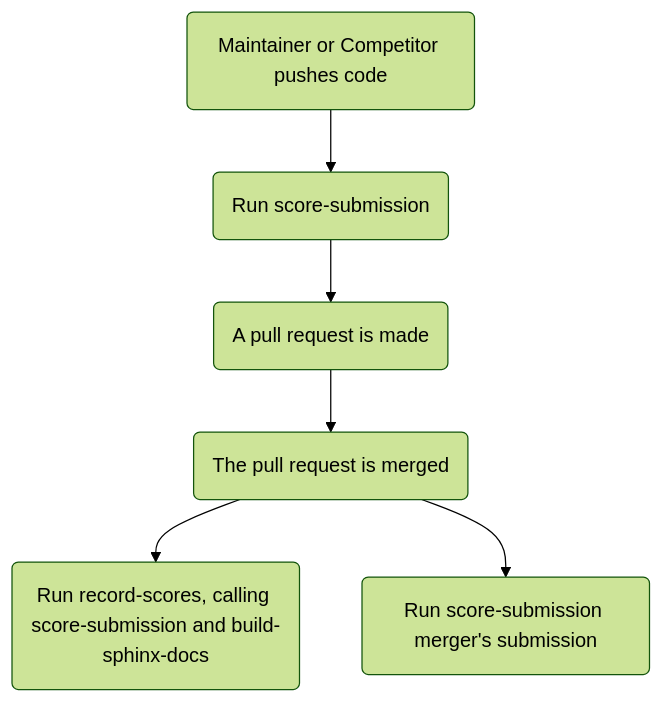
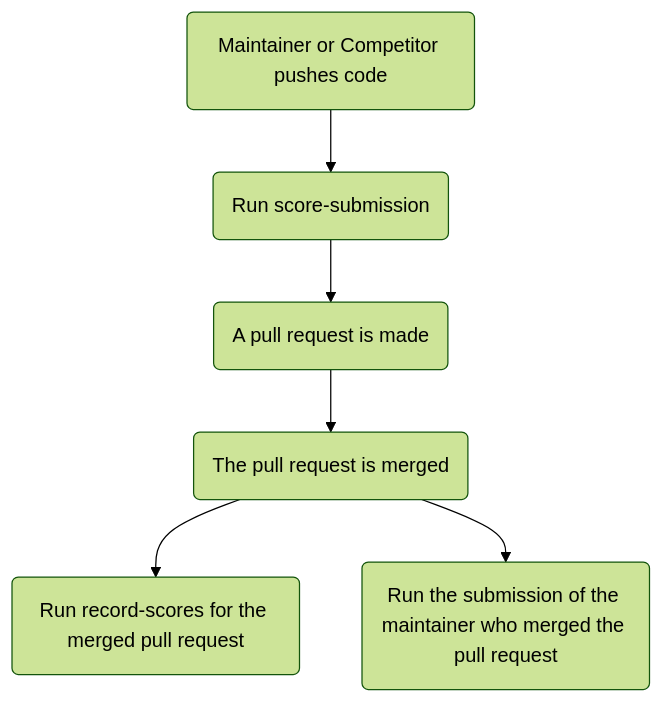
Before and after one commit to cwhanse/ivcurves: the diagram in docs/sphinx/source/reference/github_workflows/index.rst, drawn with Mermaid (forest theme). The commit also changed other lines of this file and 6 other files, not shown here.

Commit message:
remove build-sphinx-docs workflow (#41)

```diff
--- a/docs/sphinx/source/reference/github_workflows/index.rst
+++ b/docs/sphinx/source/reference/github_workflows/index.rst
@@ -4,8 +4,8 @@
 .. mermaid::
 
    flowchart
    ContributorPushes(Maintainer or Competitor pushes code) --> RunScoreSubmissionPush(Run score-submission)
    RunScoreSubmissionPush --> ContributorPullRequest(A pull request is made)
    ContributorPullRequest --> PullRequestReviewAndMerge(The pull request is merged)
-   PullRequestReviewAndMerge --> RunRecordScores(Run record-scores, calling score-submission and build-sphinx-docs)
-   PullRequestReviewAndMerge --> RunScoreSubmissionMergePush(Run score-submission merger's submission)
+   PullRequestReviewAndMerge --> RunRecordScores(Run record-scores for the merged pull request)
+   PullRequestReviewAndMerge --> RunScoreSubmissionMergePush(Run the submission of the maintainer who merged the pull request)
```
